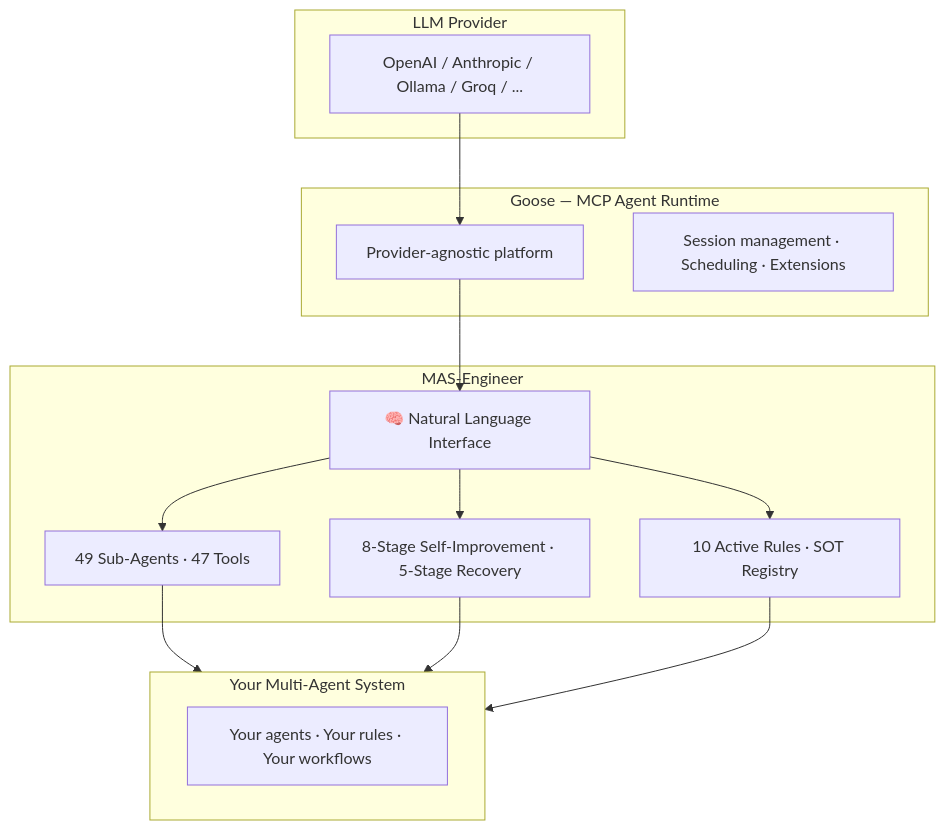
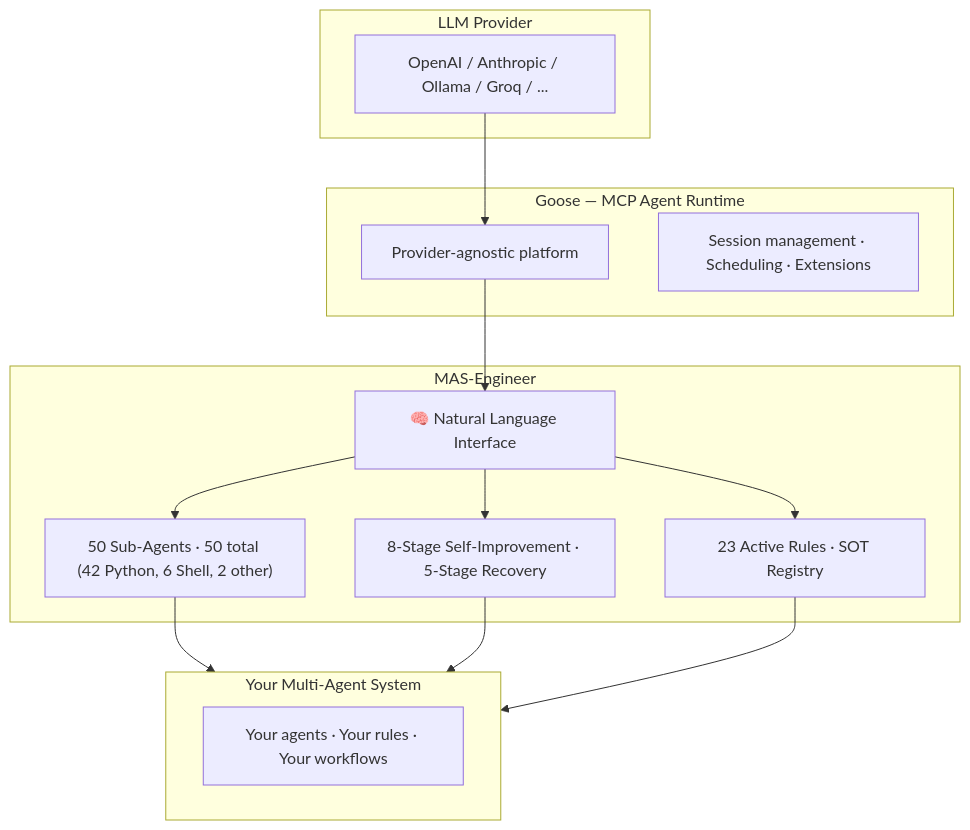
Before and after one commit to mczardybon/mas-engineer: the third of 6 diagrams in README.md, drawn with Mermaid. The commit also changed other lines of this file and 40 other files, not shown here.

````diff
--- a/README.md
+++ b/README.md
@@ -269,22 +269,22 @@
 ```mermaid
 flowchart TB
     subgraph LLM["LLM Provider"]
         L1["OpenAI / Anthropic / Ollama / Groq / ..."]
     end
     subgraph GOOSE["Goose — MCP Agent Runtime"]
         G1["Provider-agnostic platform"]
         G2["Session management · Scheduling · Extensions"]
     end
     subgraph ENGINEER["MAS-Engineer"]
         E1["🧠 Natural Language Interface"]
-        E2["49 Sub-Agents · 47 Tools"]
+        E2["50 Sub-Agents · 50 total (42 Python, 6 Shell, 2 other)"]
         E3["8-Stage Self-Improvement · 5-Stage Recovery"]
-        E4["10 Active Rules · SOT Registry"]
+        E4["23 Active Rules · SOT Registry"]
     end
     subgraph SYSTEM["Your Multi-Agent System"]
         S1["Your agents · Your rules · Your workflows"]
     end
     L1 --> G1 --> E1
     E1 --> E2 & E3 & E4
     E2 & E3 & E4 --> SYSTEM
 ```
````
